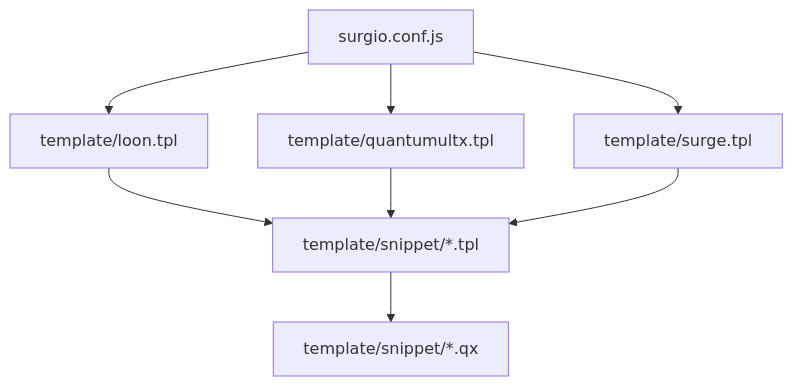
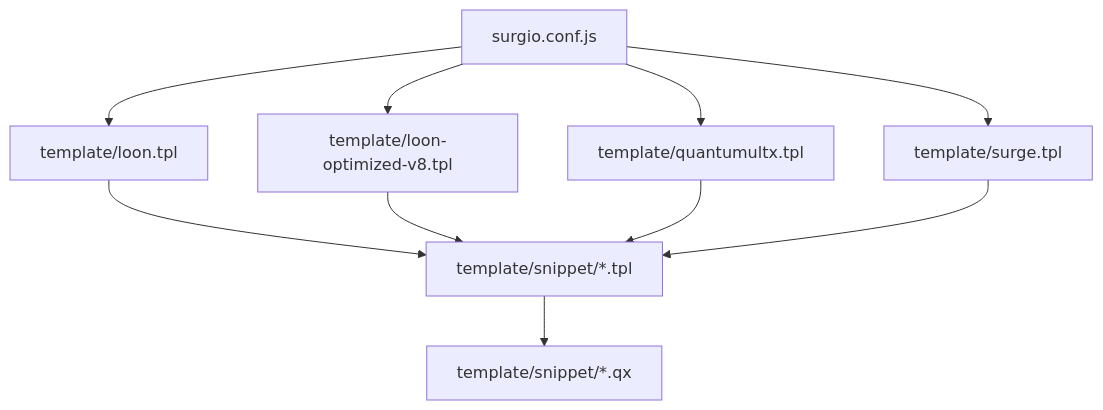
Before and after one commit to 3kaiu/config: the first of 4 diagrams in .qoder/repowiki/zh/content/模板系统.md, drawn with Mermaid. The commit also changed other lines of this file and 136 other files, not shown here.

````diff
--- a/.qoder/repowiki/zh/content/模板系统.md
+++ b/.qoder/repowiki/zh/content/模板系统.md
@@ -48,10 +56,12 @@
 ```mermaid
 graph TB
 A["surgio.conf.js"] --> B["template/loon.tpl"]
+A --> B2["template/loon-optimized-v8.tpl"]
 A --> C["template/quantumultx.tpl"]
 A --> D["template/surge.tpl"]
 B --> E["template/snippet/*.tpl"]
+B2 --> E
 C --> E
 D --> E
 E --> F["template/snippet/*.qx"]
 ```
````
